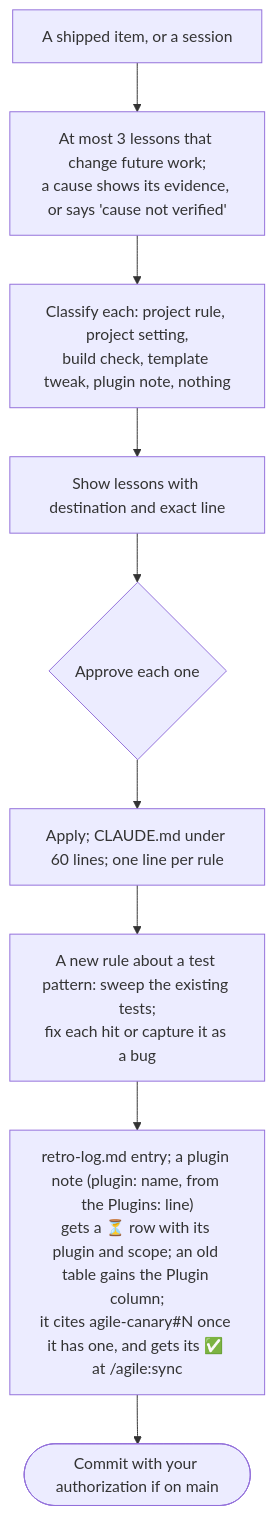
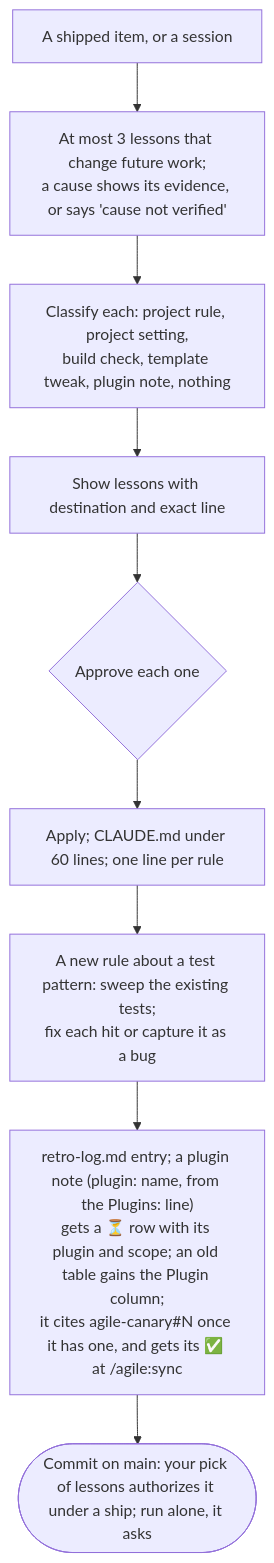
Diagram 13 of 20 in docs/agile/workflow.md (alexcanario/simulab), drawn with Mermaid before and after one commit. The commit also changed other lines of this file and 17 other files, not shown here.

````diff
--- a/docs/agile/workflow.md
+++ b/docs/agile/workflow.md
@@ -1611,11 +2183,11 @@
 ```mermaid
 flowchart TD
     A["A shipped item, or a session"] --> B["At most 3 lessons that change future work;<br/>a cause shows its evidence, or says 'cause not verified'"]
     B --> C["Classify each: project rule, project setting,<br/>build check, template tweak, plugin note, nothing"]
     C --> D["Show lessons with destination and exact line"]
     D --> E{"Approve each one"}
     E --> F["Apply; CLAUDE.md under 60 lines; one line per rule"]
     F --> F2["A new rule about a test pattern: sweep the existing tests;<br/>fix each hit or capture it as a bug"]
     F2 --> G["retro-log.md entry; a plugin note (plugin: name, from the Plugins: line)<br/>gets a ⏳ row with its plugin and scope; an old table gains the Plugin column;<br/>it cites agile-canary#N once it has one, and gets its ✅ at /agile:sync"]
-    G --> H(["Commit with your authorization if on main"])
+    G --> H(["Commit on main: your pick of lessons authorizes it under a ship; run alone, it asks"])
 ```
````
